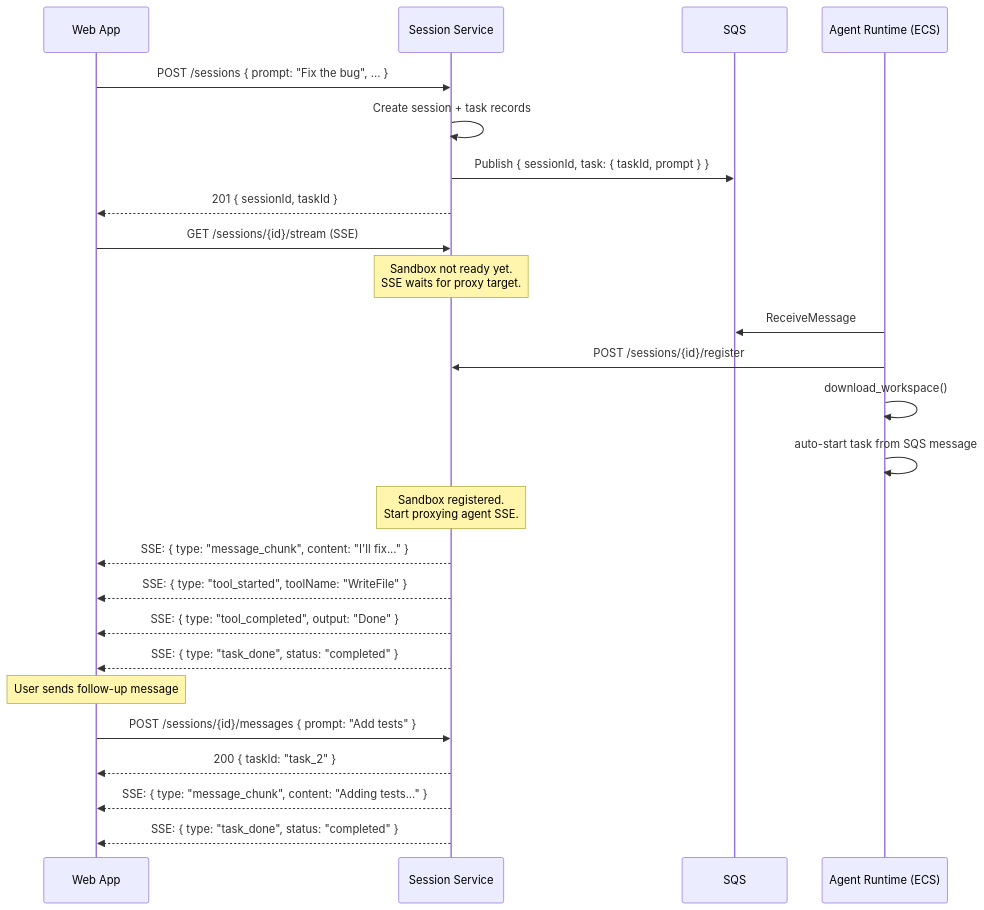
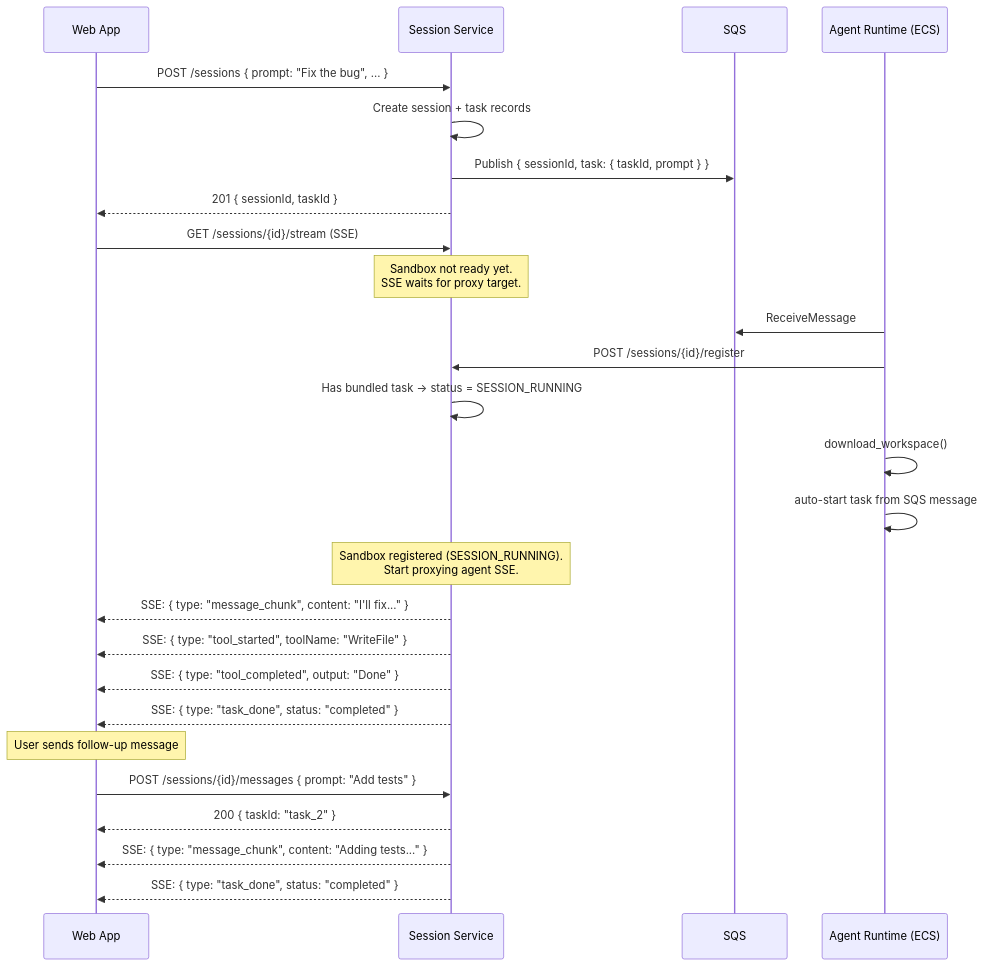
One commit to suman724/cowork-infra changed the second of 4 diagrams in docs/design/simplified-session-api.md. Above: the diagram before and after it, drawn with Mermaid. The commit also changed other lines of this file, not shown here.

First line of the commit message:
docs: registration transitions to SESSION_RUNNING when task is bundled

````diff
--- a/docs/design/simplified-session-api.md
+++ b/docs/design/simplified-session-api.md
@@ -275,34 +288,35 @@
 ```mermaid
 sequenceDiagram
     participant Web as Web App
     participant SS as Session Service
     participant SQS as SQS
     participant Agent as Agent Runtime (ECS)
 
     Web->>SS: POST /sessions { prompt: "Fix the bug", ... }
     SS->>SS: Create session + task records
     SS->>SQS: Publish { sessionId, task: { taskId, prompt } }
     SS-->>Web: 201 { sessionId, taskId }
 
     Web->>SS: GET /sessions/{id}/stream (SSE)
     Note over SS: Sandbox not ready yet.<br/>SSE waits for proxy target.
 
     Agent->>SQS: ReceiveMessage
     Agent->>SS: POST /sessions/{id}/register
+    SS->>SS: Has bundled task → status = SESSION_RUNNING
     Agent->>Agent: download_workspace()
     Agent->>Agent: auto-start task from SQS message
 
-    Note over SS: Sandbox registered.<br/>Start proxying agent SSE.
+    Note over SS: Sandbox registered (SESSION_RUNNING).<br/>Start proxying agent SSE.
 
     SS-->>Web: SSE: { type: "message_chunk", content: "I'll fix..." }
     SS-->>Web: SSE: { type: "tool_started", toolName: "WriteFile" }
     SS-->>Web: SSE: { type: "tool_completed", output: "Done" }
     SS-->>Web: SSE: { type: "task_done", status: "completed" }
 
     Note over Web: User sends follow-up message
     Web->>SS: POST /sessions/{id}/messages { prompt: "Add tests" }
     SS-->>Web: 200 { taskId: "task_2" }
 
     SS-->>Web: SSE: { type: "message_chunk", content: "Adding tests..." }
     SS-->>Web: SSE: { type: "task_done", status: "completed" }
 ```
````
